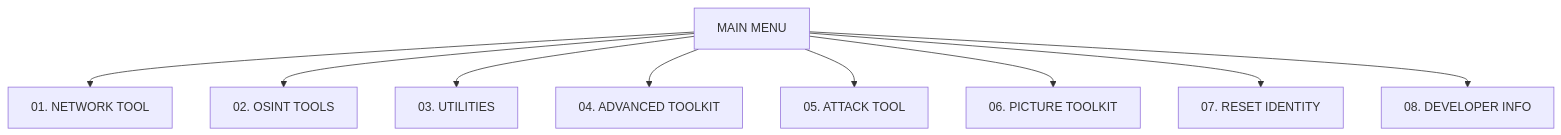
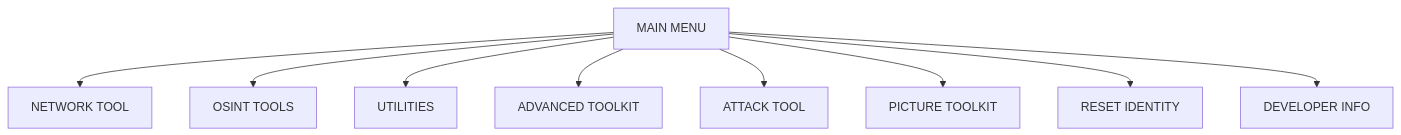
One commit to TEAMBCS/MONOLITH changed the second of 5 diagrams in README.md. Above: the diagram before and after it, drawn with Mermaid.

````diff
--- a/README.md
+++ b/README.md
@@ -43,11 +43,11 @@
 ```mermaid
 flowchart TD
-    A[MAIN MENU] --> B[01. NETWORK TOOL]
-    A --> C[02. OSINT TOOLS]
-    A --> D[03. UTILITIES]
-    A --> E[04. ADVANCED TOOLKIT]
-    A --> F[05. ATTACK TOOL]
-    A --> G[06. PICTURE TOOLKIT]
-    A --> H[07. RESET IDENTITY]
-    A --> I[08. DEVELOPER INFO]
+    A[MAIN MENU] --> B[NETWORK TOOL]
+    A --> C[OSINT TOOLS]
+    A --> D[UTILITIES]
+    A --> E[ADVANCED TOOLKIT]
+    A --> F[ATTACK TOOL]
+    A --> G[PICTURE TOOLKIT]
+    A --> H[RESET IDENTITY]
+    A --> I[DEVELOPER INFO]
 ```
````
